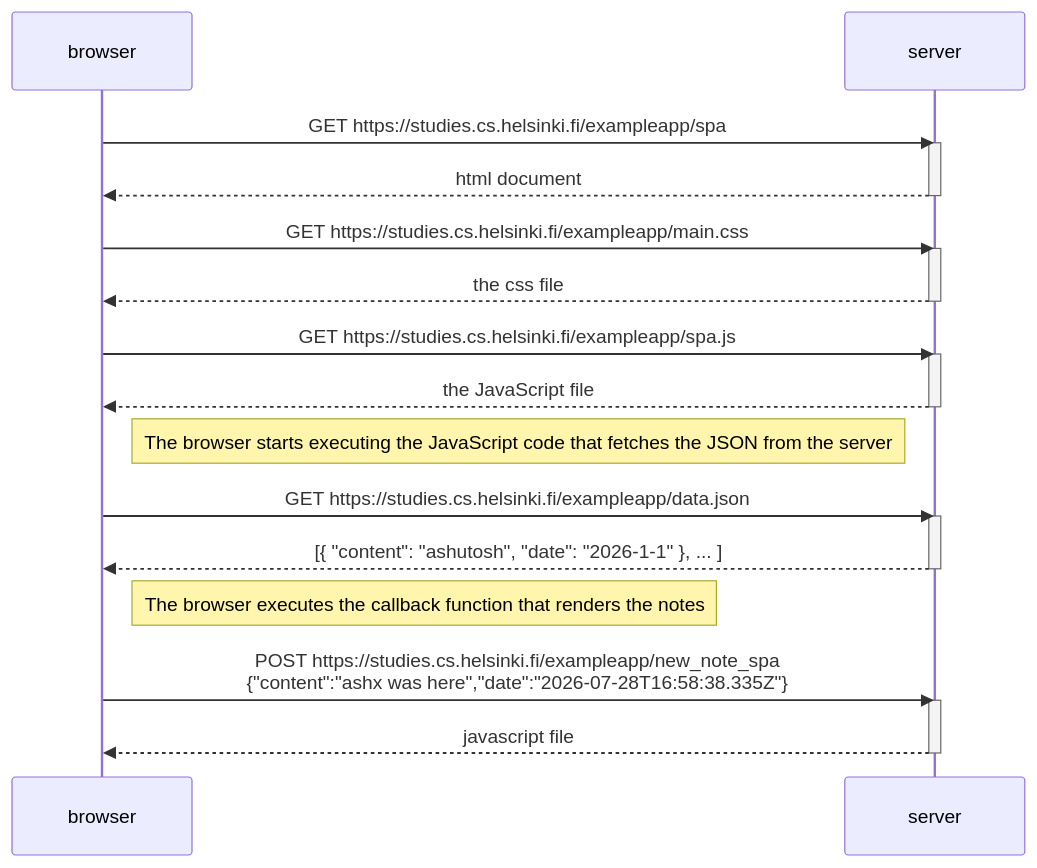
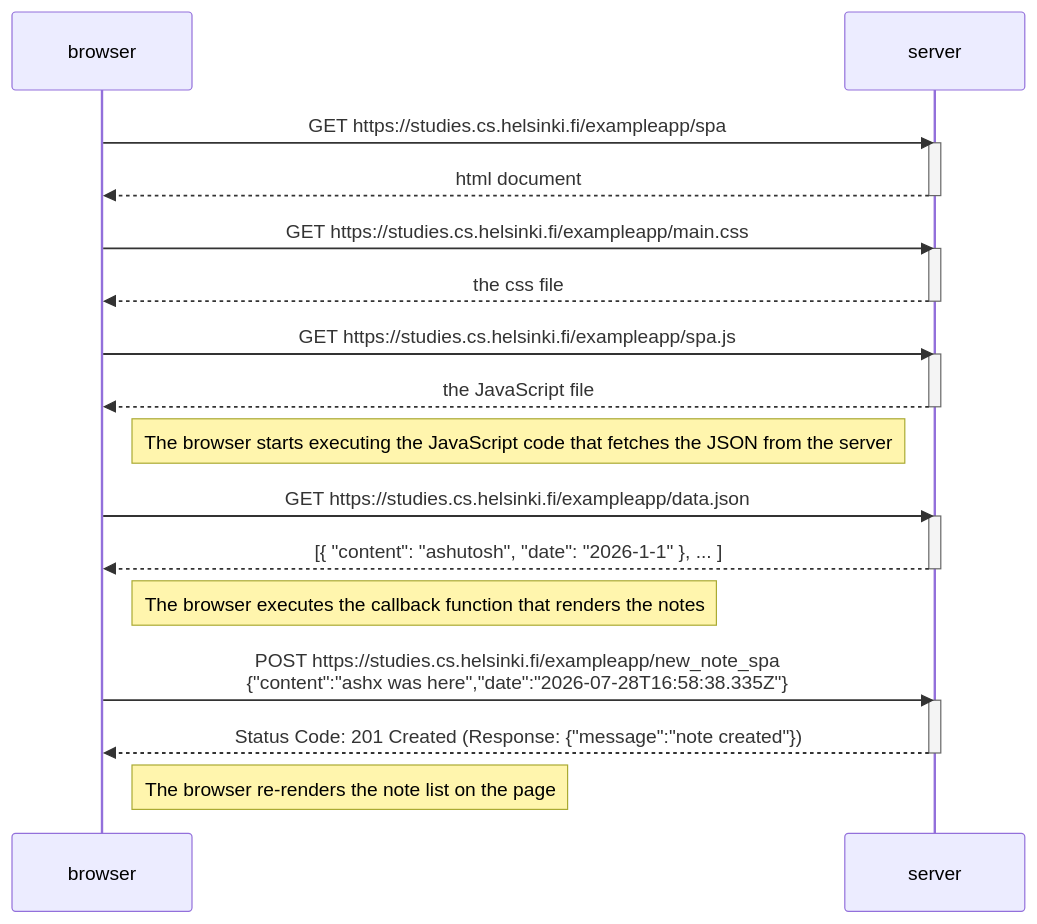
Before and after one commit to ashxtosh/fullStackOpen: the diagram in part0/exercise0.6.md, drawn with Mermaid. The commit also changed 15 other files, not shown here.

````diff
--- a/part0/exercise0.6.md
+++ b/part0/exercise0.6.md
@@ -4,37 +4,39 @@
 ```mermaid
 sequenceDiagram
     participant browser
     participant server
     
 
     browser ->> server:  GET https://studies.cs.helsinki.fi/exampleapp/spa
     activate server
     server-->>browser: html document
     deactivate server
 
     browser->>server: GET https://studies.cs.helsinki.fi/exampleapp/main.css
     activate server
     server-->>browser: the css file
     deactivate server
 
     browser->>server: GET https://studies.cs.helsinki.fi/exampleapp/spa.js
     activate server
     server-->>browser: the JavaScript file
     deactivate server
 
     Note right of browser: The browser starts executing the JavaScript code that fetches the JSON from the server
 
     browser->>server: GET https://studies.cs.helsinki.fi/exampleapp/data.json
     activate server
     server-->>browser: [{ "content": "ashutosh", "date": "2026-1-1" }, ... ]
     deactivate server
 
     Note right of browser: The browser executes the callback function that renders the notes
 
 
     browser ->> server:  POST https://studies.cs.helsinki.fi/exampleapp/new_note_spa <br>{"content":"ashx was here","date":"2026-07-28T16:58:38.335Z"}
     
     activate server
-    server-->>browser: javascript file
+    server-->>browser: Status Code: 201 Created (Response: {"message":"note created"})
     deactivate server
+
+    Note right of browser: The browser re-renders the note list on the page
 ```
````
